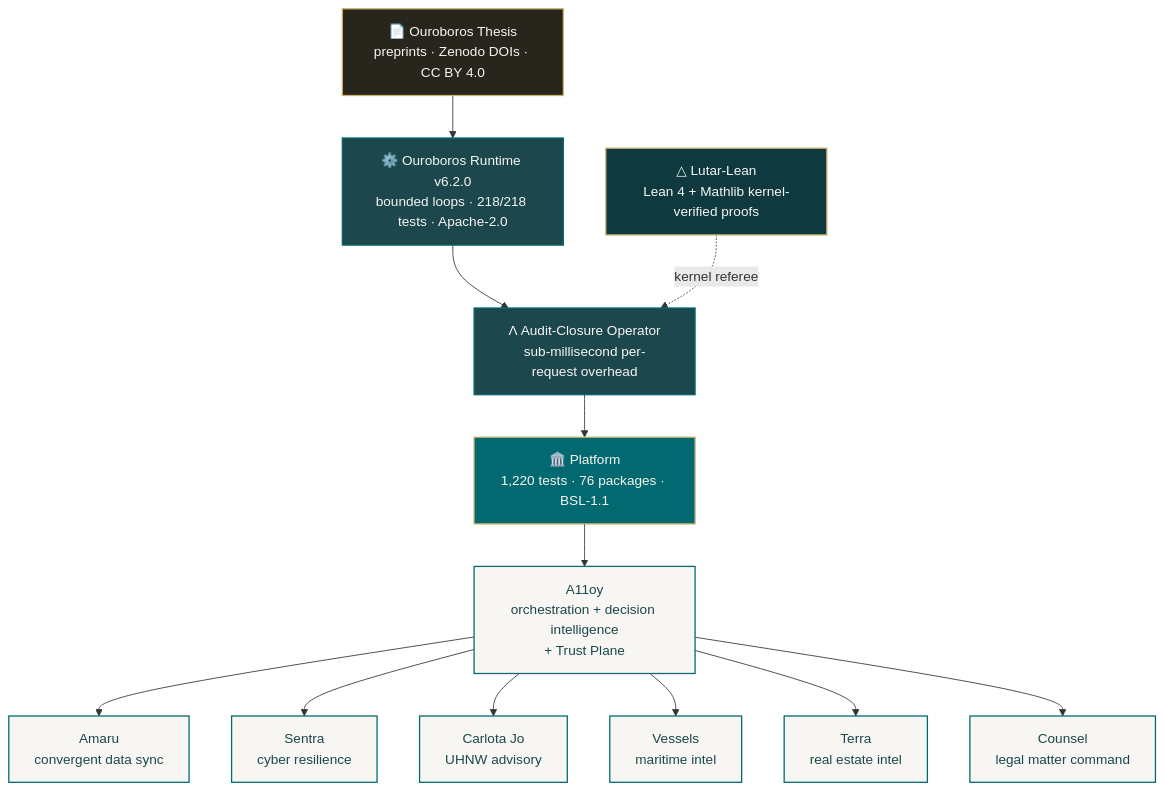
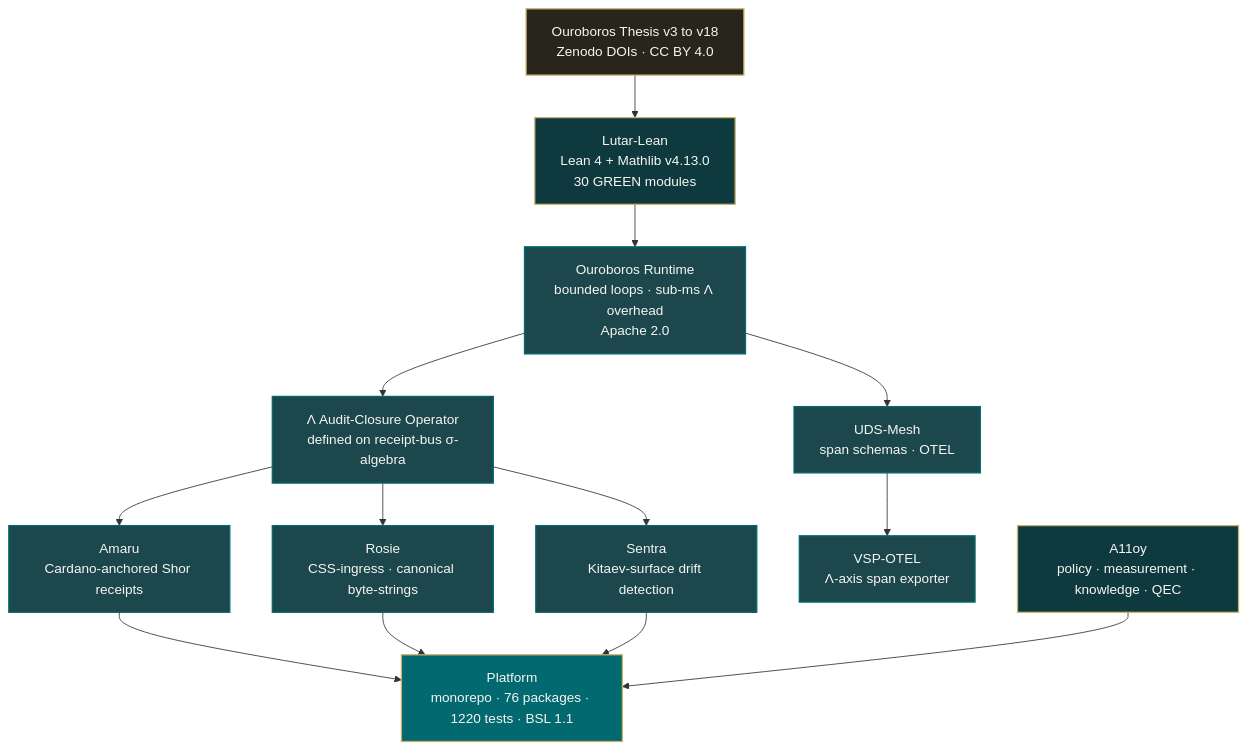
Before and after one commit to szl-holdings/.github: the second of 2 diagrams in profile/README.md, drawn with Mermaid. The commit also changed other lines of this file, not shown here.

First line of the commit message:
docs(profile): v18 refresh — Λ-axis substrate, doctrine v6, 30 GREEN modules, 7 theses queued, 404-clean

````diff
--- a/profile/README.md
+++ b/profile/README.md
@@ -67,32 +185,30 @@
 ```mermaid
 flowchart TD
     classDef research fill:#28251D,stroke:#C8B26A,color:#F7F6F2,stroke-width:1.5px;
     classDef runtime  fill:#1B474D,stroke:#01696F,color:#F7F6F2,stroke-width:1.5px;
     classDef sdk      fill:#0E3A3F,stroke:#C8B26A,color:#F7F6F2,stroke-width:1.5px;
     classDef platform fill:#01696F,stroke:#C8B26A,color:#F7F6F2,stroke-width:1.5px;
     classDef surface  fill:#F7F6F2,stroke:#01696F,color:#1B474D,stroke-width:1.5px;
 
-    T["📄 Ouroboros Thesis<br/>preprints · Zenodo DOIs · CC BY 4.0"]:::research
-    R["⚙️ Ouroboros Runtime v6.2.0<br/>bounded loops · 218/218 tests · Apache-2.0"]:::runtime
-    L["Λ Audit-Closure Operator<br/>sub-millisecond per-request overhead"]:::runtime
-    K["△ Lutar-Lean<br/>Lean 4 + Mathlib kernel-verified proofs"]:::sdk
-    P["🏛️ Platform<br/>1,220 tests · 76 packages · BSL-1.1"]:::platform
+    T["Ouroboros Thesis v3 to v18<br/>Zenodo DOIs · CC BY 4.0"]:::research
+    K["Lutar-Lean<br/>Lean 4 + Mathlib v4.13.0<br/>30 GREEN modules"]:::sdk
+    R["Ouroboros Runtime<br/>bounded loops · sub-ms Λ overhead<br/>Apache 2.0"]:::runtime
+    L["Λ Audit-Closure Operator<br/>defined on receipt-bus σ-algebra"]:::runtime
+    A["Amaru<br/>Cardano-anchored Shor receipts"]:::runtime
+    Ro["Rosie<br/>CSS-ingress · canonical byte-strings"]:::runtime
+    S["Sentra<br/>Kitaev-surface drift detection"]:::runtime
+    U["UDS-Mesh<br/>span schemas · OTEL"]:::runtime
+    V["VSP-OTEL<br/>Λ-axis span exporter"]:::runtime
+    All["A11oy<br/>policy · measurement · knowledge · QEC"]:::sdk
+    P["Platform<br/>monorepo · 76 packages · 1220 tests · BSL 1.1"]:::platform
 
-    A["A11oy<br/>orchestration + decision intelligence<br/>+ Trust Plane"]:::surface
-    AM["Amaru<br/>convergent data sync"]:::surface
-    S["Sentra<br/>cyber resilience"]:::surface
-    CJ["Carlota Jo<br/>UHNW advisory"]:::surface
-    V["Vessels<br/>maritime intel"]:::surface
-    TE["Terra<br/>real estate intel"]:::surface
-    C["Counsel<br/>legal matter command"]:::surface
-
-    T --> R --> L --> P
-    K -.kernel referee.-> L
-    P --> A
-    A --> AM
-    A --> S
-    A --> CJ
-    A --> V
-    A --> TE
-    A --> C
+    T --> K --> R --> L
+    L --> A
+    L --> Ro
+    L --> S
+    R --> U --> V
+    All --> P
+    A --> P
+    Ro --> P
+    S --> P
 ```
````
